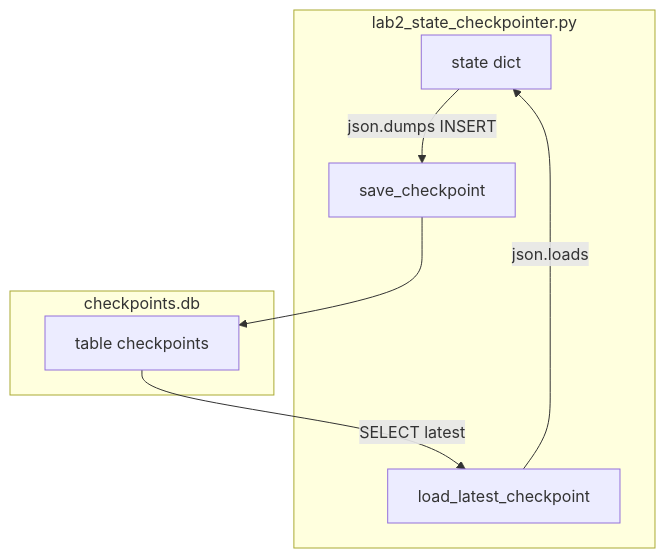
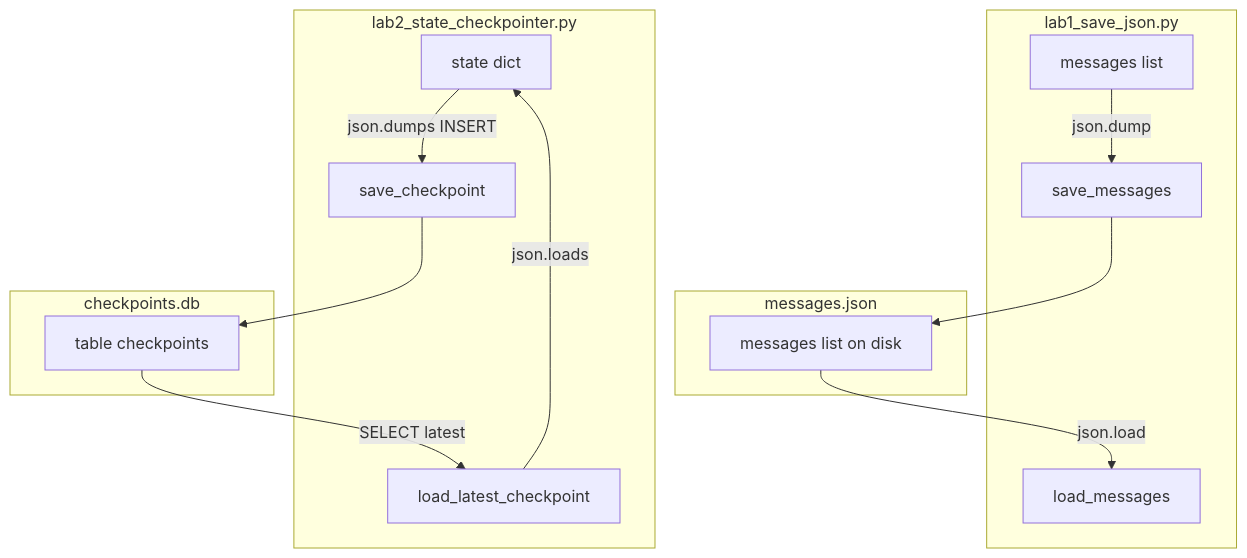
Before and after one commit to jacobbweber/AgenticAI-Labs: the diagram in education/05_the_state/00_save_the_messages.md, drawn with Mermaid. The commit also changed other lines of this file, not shown here.

Commit message:
Link lab1_save_json as the JSON file form in chapter 05

````diff
--- a/education/05_the_state/00_save_the_messages.md
+++ b/education/05_the_state/00_save_the_messages.md
@@ -43,15 +43,26 @@
 ```mermaid
 flowchart TD
+    subgraph state_json [lab1_save_json.py]
+        MSG["messages list"]
+        JSAVE["save_messages"]
+        JLOAD["load_messages"]
+    end
+    subgraph state_json_file [messages.json]
+        JFILE["messages list on disk"]
+    end
     subgraph state_script [lab2_state_checkpointer.py]
         ST["state dict"]
         SAVE["save_checkpoint"]
         LOAD["load_latest_checkpoint"]
     end
     subgraph state_file [checkpoints.db]
         TBL["table checkpoints"]
     end
+    MSG -->|"json.dump"| JSAVE
+    JSAVE --> JFILE
+    JFILE -->|"json.load"| JLOAD
     ST -->|"json.dumps INSERT"| SAVE
     SAVE --> TBL
     TBL -->|"SELECT latest"| LOAD
     LOAD -->|"json.loads"| ST
 ```
````
